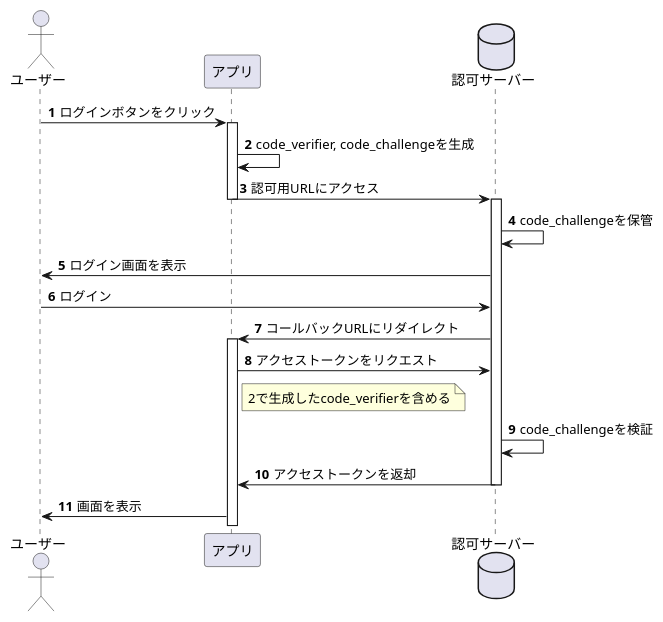
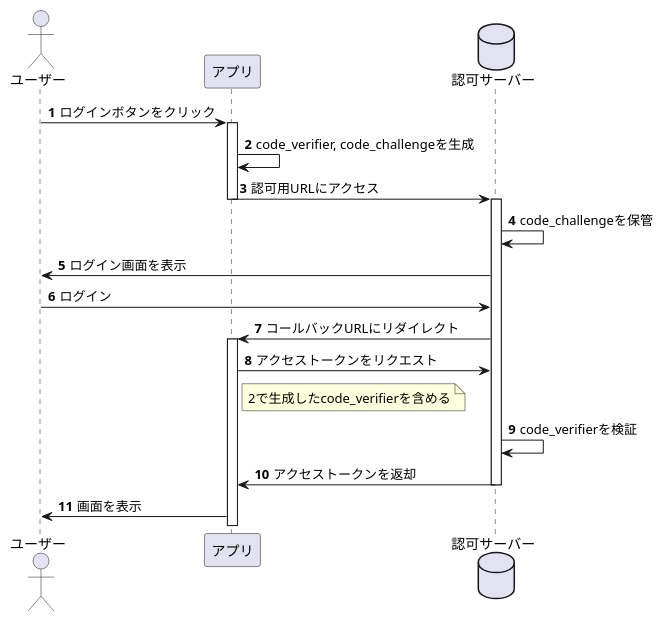
Before and after one commit to zenizh/line-sandbox: the third of 4 diagrams in README.md, drawn with PlantUML. The commit also changed other lines of this file, not shown here.

````diff
--- a/README.md
+++ b/README.md
@@ -57,24 +57,24 @@
 ```plantuml
 @startuml
 
 autonumber
 
 actor ユーザー as User
 participant アプリ as App
 database 認可サーバー as Server
 
 User -> App ++ : ログインボタンをクリック
 App -> App : code_verifier, code_challengeを生成
 App -> Server --++ : 認可用URLにアクセス
 Server -> Server : code_challengeを保管
 User <- Server : ログイン画面を表示
 User -> Server : ログイン
 App <- Server ++ : コールバックURLにリダイレクト
 App -> Server : アクセストークンをリクエスト
 note right App : 2で生成したcode_verifierを含める
-Server -> Server : code_challengeを検証
+Server -> Server : code_verifierを検証
 App <- Server -- : アクセストークンを返却
 User <- App : 画面を表示
 
 @enduml
 ```
````
